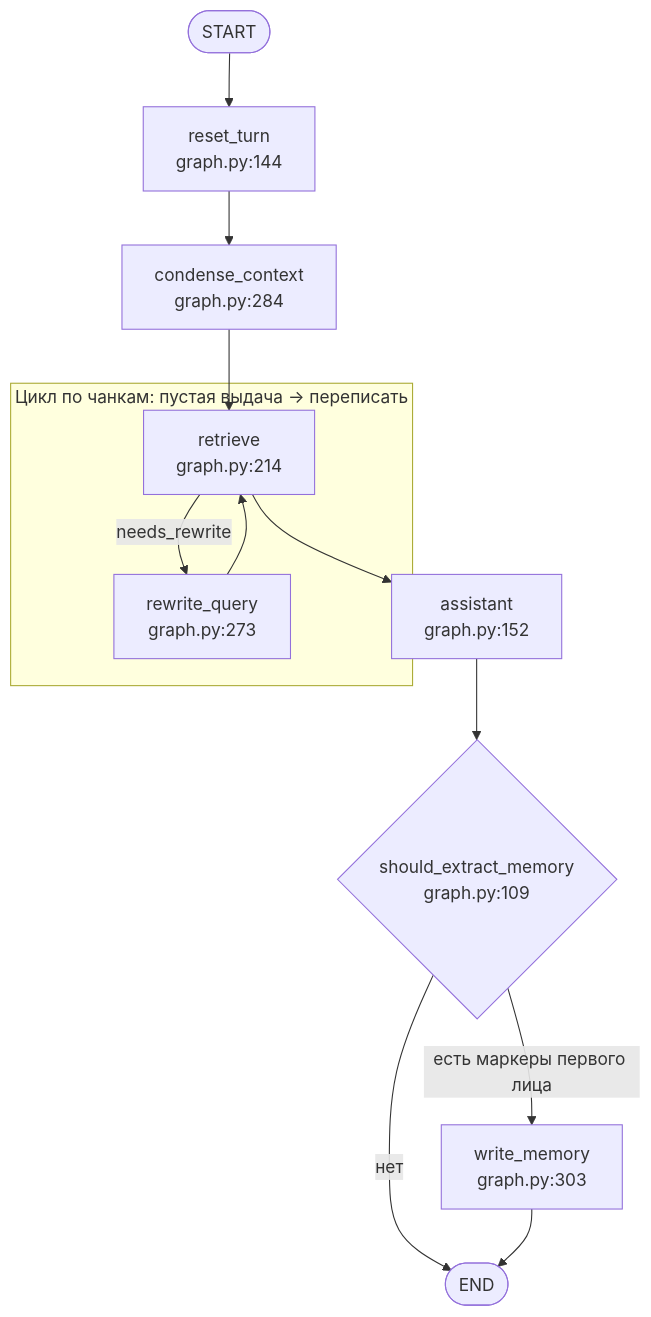
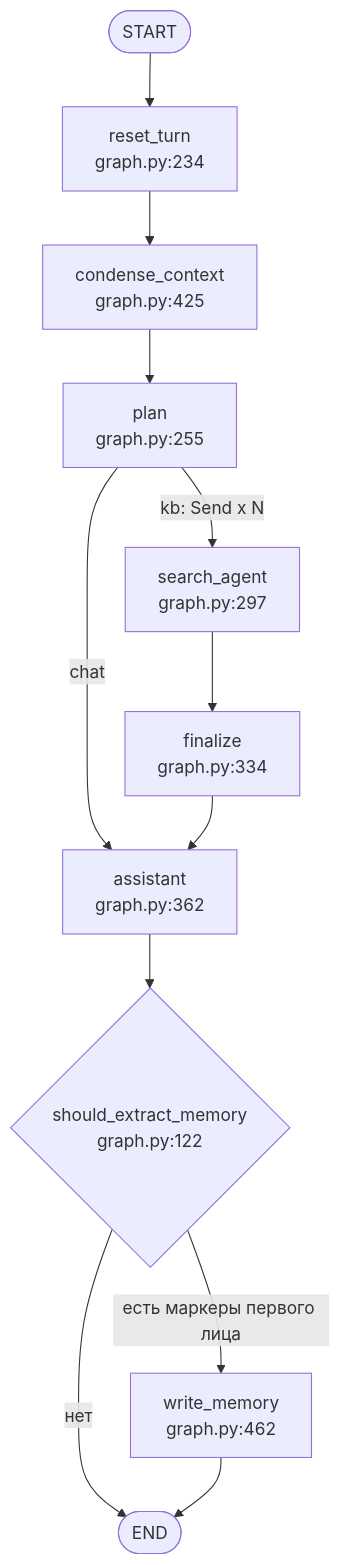
One commit to coder-smookki/GSP-Project-AIst changed the second of 7 diagrams in docs/ARCHITECTURE.md. Above: the diagram before and after it, drawn with Mermaid. The commit also changed other lines of this file and 10 other files, not shown here.

````diff
--- a/docs/ARCHITECTURE.md
+++ b/docs/ARCHITECTURE.md
@@ -85,18 +85,17 @@
 ```mermaid
 flowchart TD
     S([START])
-    S --> R[reset_turn<br/>graph.py:144]
-    R --> CC[condense_context<br/>graph.py:284]
-    CC --> RV[retrieve<br/>graph.py:214]
+    S --> R[reset_turn<br/>graph.py:234]
+    R --> CC[condense_context<br/>graph.py:425]
+    CC --> PL[plan<br/>graph.py:255]
 
-    subgraph Loop [Цикл по чанкам: пустая выдача → переписать]
-        RV -- "needs_rewrite" --> RQ[rewrite_query<br/>graph.py:273]
-        RQ --> RV
-    end
+    PL -- "chat" --> AS[assistant<br/>graph.py:362]
+    PL -- "kb: Send x N" --> SA[search_agent<br/>graph.py:297]
+    SA --> FZ[finalize<br/>graph.py:334]
+    FZ --> AS
 
-    RV --> AS[assistant<br/>graph.py:152]
-    AS --> WM{should_extract_memory<br/>graph.py:109}
-    WM -- есть маркеры первого лица --> WR[write_memory<br/>graph.py:303]
+    AS --> WM{should_extract_memory<br/>graph.py:122}
+    WM -- есть маркеры первого лица --> WR[write_memory<br/>graph.py:462]
     WM -- нет --> E([END])
     WR --> E([END])
 ```
````
